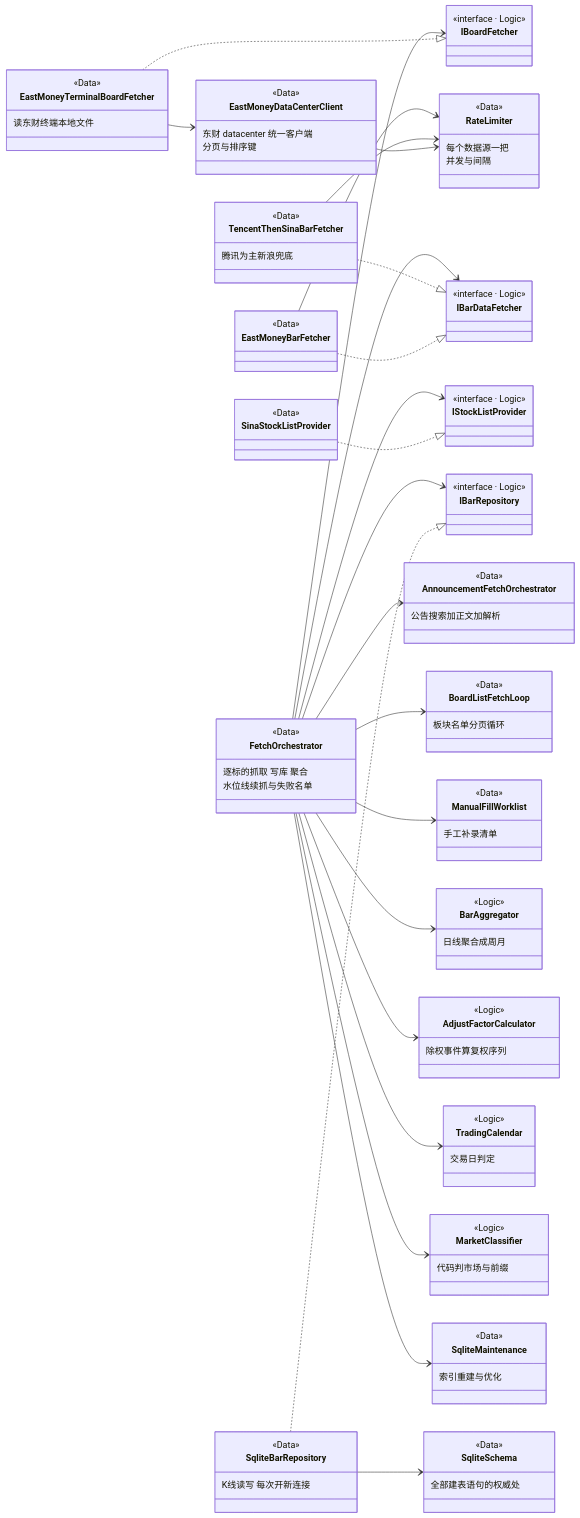
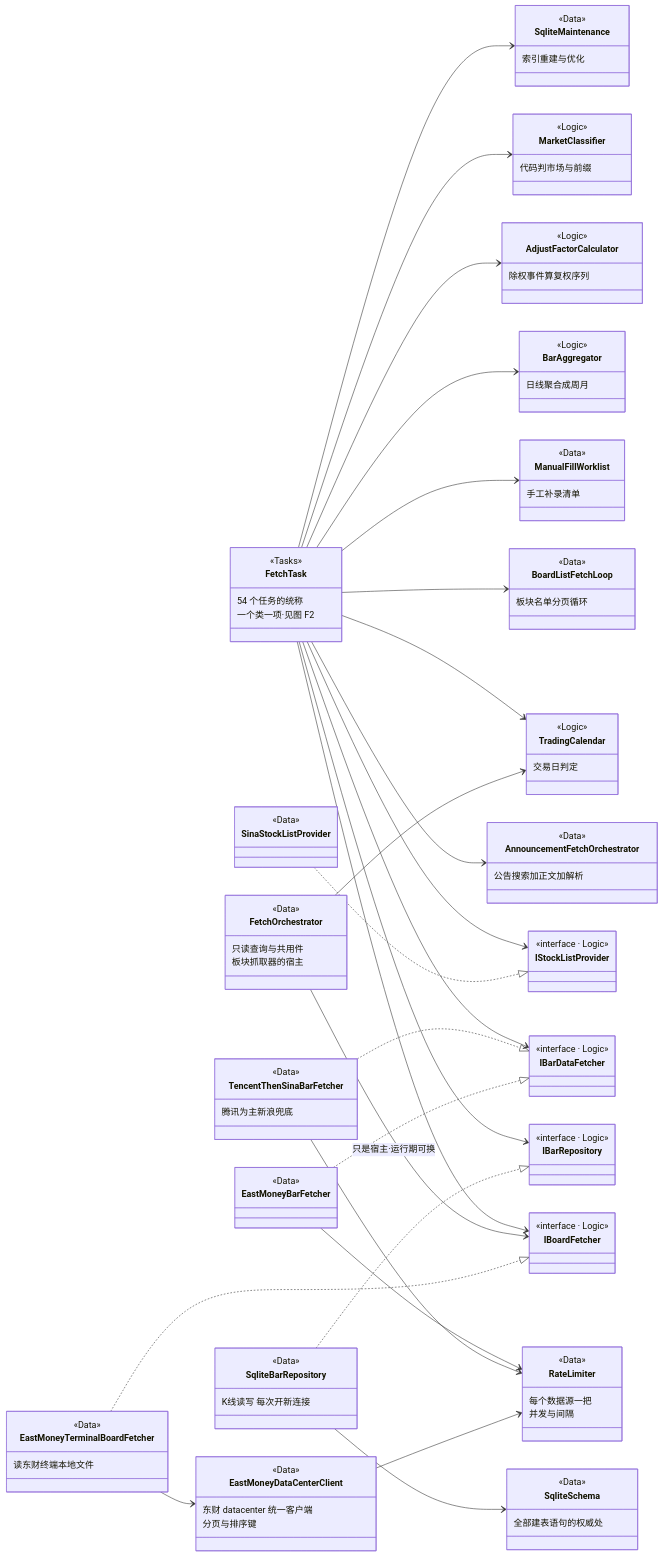
Before and after one commit to lcq9732/stock: the fifth of 9 diagrams in doc/solution-class-map.md, drawn with Mermaid. The commit also changed other lines of this file and 2 other files, not shown here.

```diff
--- a/doc/solution-class-map.md
+++ b/doc/solution-class-map.md
@@ -450,10 +460,15 @@
 classDiagram
 direction LR
 
+class FetchTask {
+  <<Tasks>>
+  54 个任务的统称
+  一个类一项·见图 F2
+}
 class FetchOrchestrator {
   <<Data>>
-  逐标的抓取 写库 聚合
-  水位线续抓与失败名单
+  只读查询与共用件
+  板块抓取器的宿主
 }
 class AnnouncementFetchOrchestrator {
   <<Data>>
@@ -534,18 +549,20 @@
   代码判市场与前缀
 }
 
-FetchOrchestrator --> IBarDataFetcher
-FetchOrchestrator --> IStockListProvider
-FetchOrchestrator --> IBoardFetcher
-FetchOrchestrator --> IBarRepository
-FetchOrchestrator --> AnnouncementFetchOrchestrator
-FetchOrchestrator --> BoardListFetchLoop
-FetchOrchestrator --> ManualFillWorklist
-FetchOrchestrator --> BarAggregator
-FetchOrchestrator --> AdjustFactorCalculator
+FetchTask --> IBarDataFetcher
+FetchTask --> IStockListProvider
+FetchTask --> IBoardFetcher
+FetchTask --> IBarRepository
+FetchTask --> AnnouncementFetchOrchestrator
+FetchTask --> BoardListFetchLoop
+FetchTask --> ManualFillWorklist
+FetchTask --> BarAggregator
+FetchTask --> AdjustFactorCalculator
+FetchTask --> TradingCalendar
+FetchTask --> MarketClassifier
+FetchTask --> SqliteMaintenance
+FetchOrchestrator --> IBoardFetcher : 只是宿主·运行期可换
 FetchOrchestrator --> TradingCalendar
-FetchOrchestrator --> MarketClassifier
-FetchOrchestrator --> SqliteMaintenance
 
 TencentThenSinaBarFetcher ..|> IBarDataFetcher
 EastMoneyBarFetcher ..|> IBarDataFetcher
```
